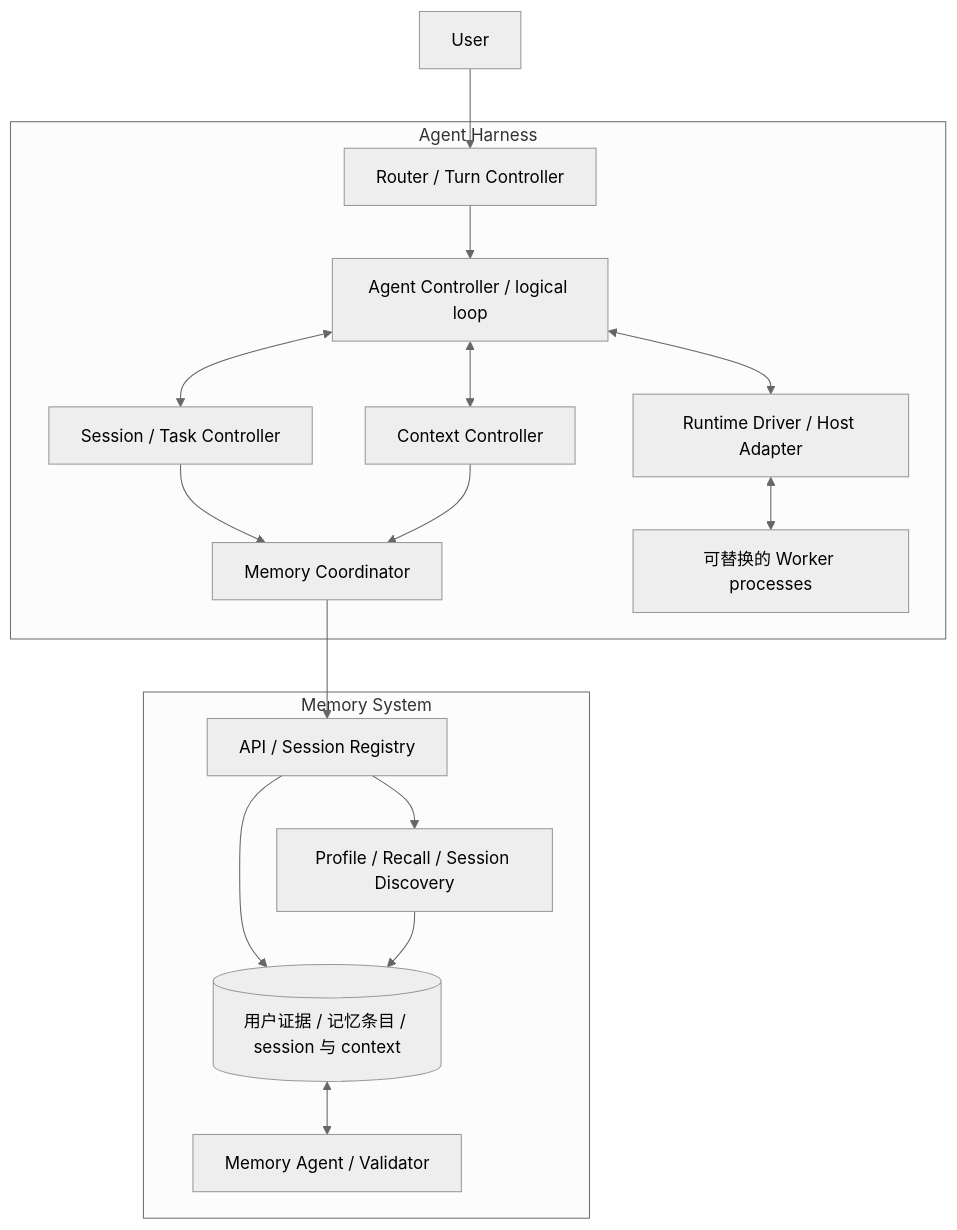
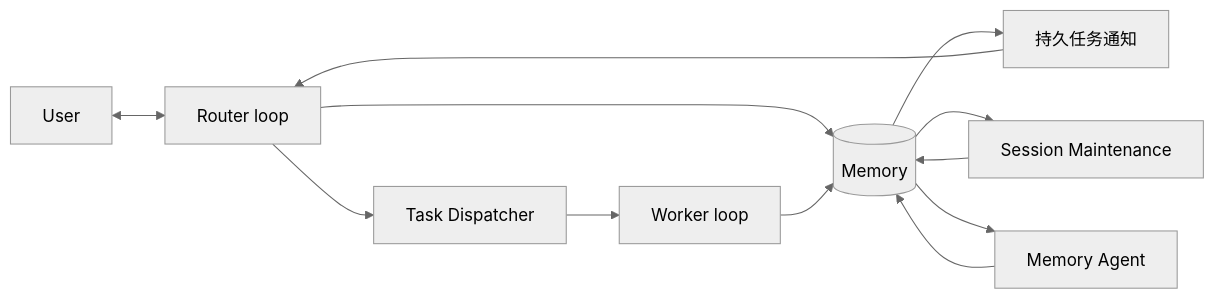
The diagram in docs/architecture.md (langsfang/ga), drawn with Mermaid (neutral theme) before and after one commit. The commit also changed other lines of this file and 4 other files, not shown here.

````diff
--- a/docs/architecture.md
+++ b/docs/architecture.md
@@ -103,31 +114,14 @@
 ```mermaid
-flowchart TB
-    U[User] --> R
-    subgraph H["Agent Harness"]
-        R[Router / Turn Controller]
-        L[Agent Controller / logical loop]
-        S[Session / Task Controller]
-        C[Context Controller]
-        MC[Memory Coordinator]
-        D[Runtime Driver / Host Adapter]
-        W[可替换的 Worker processes]
-        R --> L
-        L <--> S
-        L <--> C
-        S --> MC
-        C --> MC
-        L <--> D
-        D <--> W
-    end
-    MC --> A
-    subgraph M["Memory System"]
-        A[API / Session Registry]
-        E[(用户证据 / 记忆条目 / session 与 context)]
-        Q[Profile / Recall / Session Discovery]
-        B[Memory Agent / Validator]
-        A --> E
-        A --> Q
-        Q --> E
-        E <--> B
-    end
+flowchart LR
+    U[User] <--> R[Router loop]
+    R --> T[Task Dispatcher]
+    T --> W[Worker loop]
+    R --> M[(Memory)]
+    W --> M
+    M --> N[持久任务通知]
+    N --> R
+    M --> L[Session Maintenance]
+    L --> M
+    M --> A[Memory Agent]
+    A --> M
 ```
````
